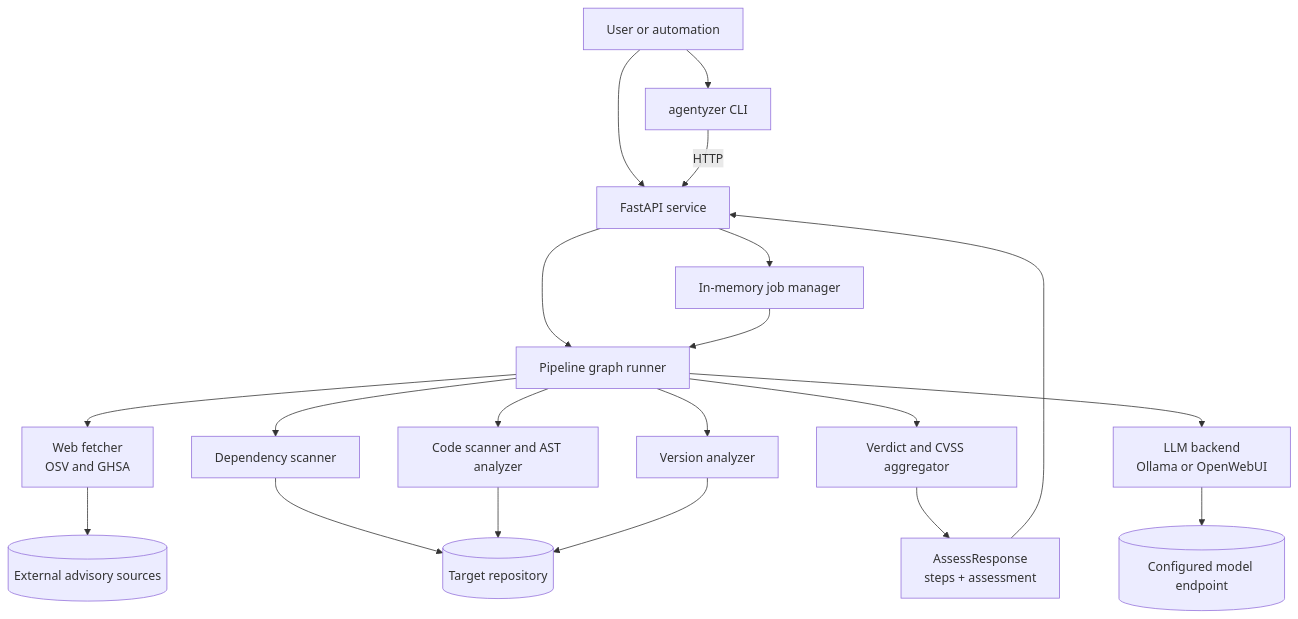
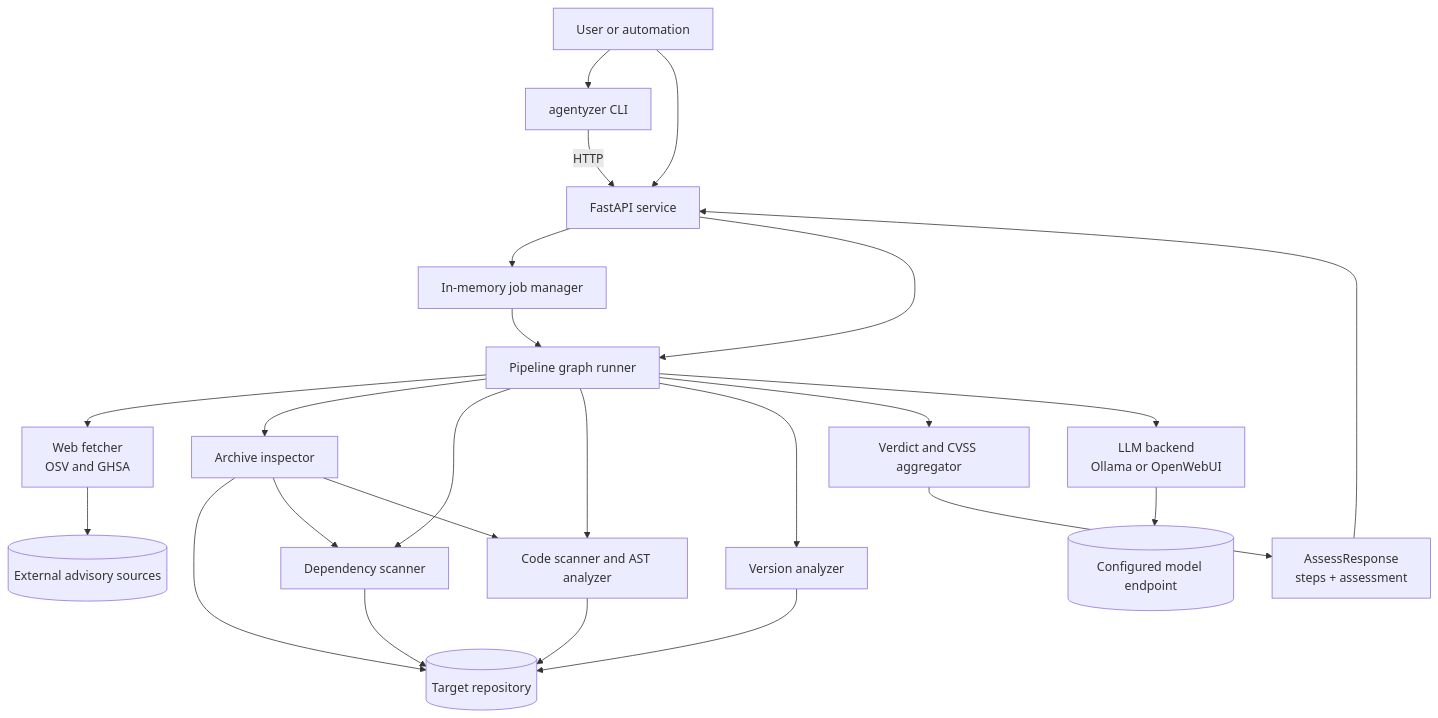
One commit to phbaer/dtvp changed the diagram in agentyzer/README.md. Above: the diagram before and after it, drawn with Mermaid. The commit also changed other lines of this file and 26 other files, not shown here.

````diff
--- a/agentyzer/README.md
+++ b/agentyzer/README.md
@@ -104,26 +105,30 @@
 ```mermaid
 flowchart TD
     U[User or automation] --> C[agentyzer CLI]
     U --> A[FastAPI service]
     C -->|HTTP| A
 
     A --> J[In-memory job manager]
     A --> G[Pipeline graph runner]
     J --> G
 
     G --> WF[Web fetcher\nOSV and GHSA]
+    G --> AI[Archive inspector]
     G --> DS[Dependency scanner]
     G --> CS[Code scanner and AST analyzer]
     G --> VA[Version analyzer]
     G --> VD[Verdict and CVSS aggregator]
     G --> LLM[LLM backend\nOllama or OpenWebUI]
 
-    DS --> R[(Target repository)]
+    AI --> R[(Target repository)]
+    AI --> DS
+    AI --> CS
+    DS --> R
     CS --> R
     VA --> R
     WF --> E[(External advisory sources)]
     LLM --> O[(Configured model endpoint)]
 
     VD --> RESP[AssessResponse\nsteps + assessment]
     RESP --> A
 ```
````
